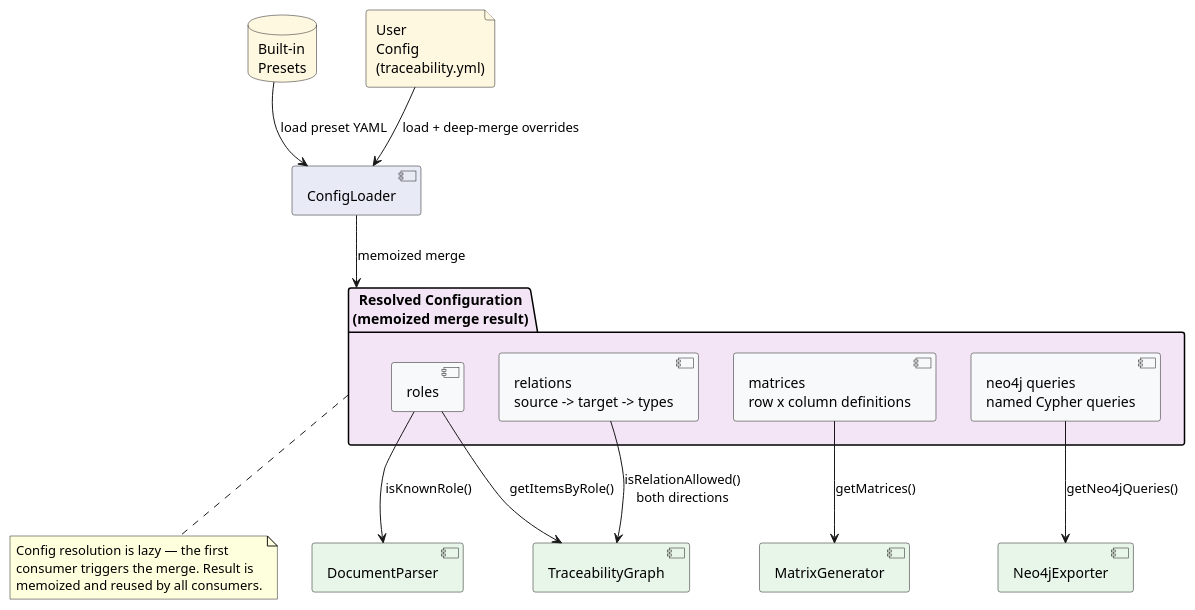
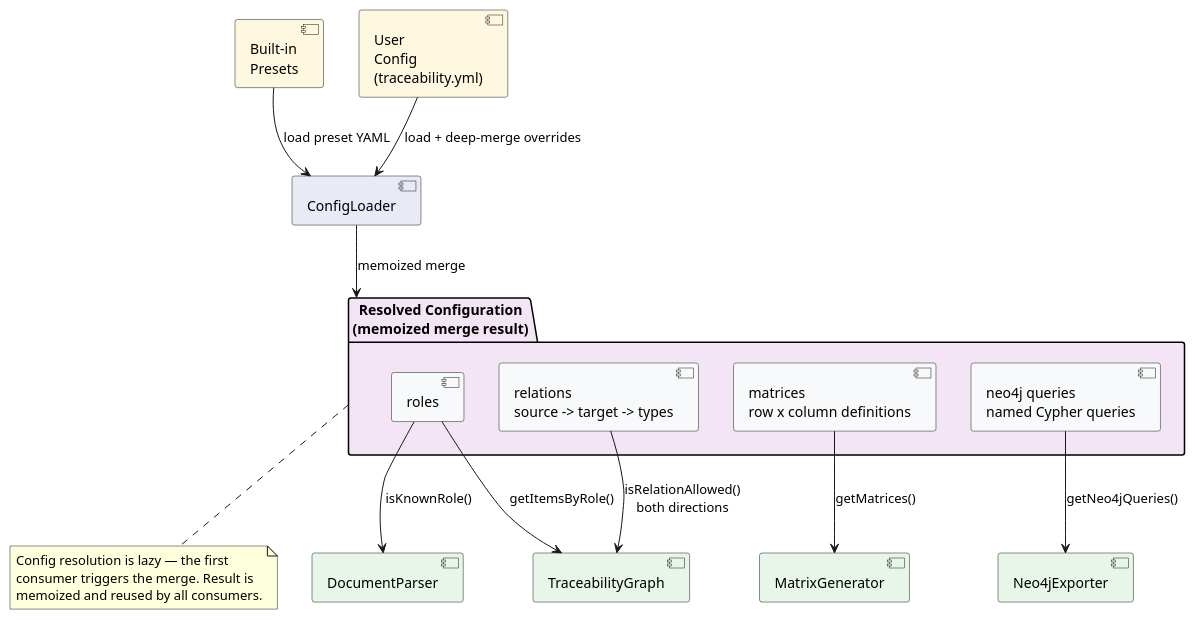
One commit to rattermeyer/antora-tracer changed the diagram in examples/component-one/modules/ROOT/examples/config-resolution.puml. Above: the diagram before and after it, drawn with PlantUML. The commit also changed 6 other files, not shown here.

First line of the commit message:
chore(diagrams): apply architecture diagram improvements

```diff
--- a/examples/component-one/modules/ROOT/examples/config-resolution.puml
+++ b/examples/component-one/modules/ROOT/examples/config-resolution.puml
@@ -1,40 +1,39 @@
 @startuml
 ' Configuration resolution chain — preset → merge → validation queries
 
 skinparam componentBackgroundColor #F8F9FA
-skinparam packageBackgroundColor #FAFAFA
 
-database "Built-in\nPresets" as presets #FFF8E1
-file "User\nConfig\n(traceability.yml)" as userconfig #FFF8E1
+[Built-in\nPresets] as presets #FFF8E1
+[User\nConfig\n(traceability.yml)] as userconfig #FFF8E1
 
 [ConfigLoader] as loader #E8EAF6
 
 package "Resolved Configuration\n(memoized merge result)" as resolved #F3E5F5 {
   [roles] as roles
   [relations\nsource -> target -> types] as relations
   [matrices\nrow x column definitions] as matrices
   [neo4j queries\nnamed Cypher queries] as queries
 }
 
 [DocumentParser] as parser #E8F5E9
 [TraceabilityGraph] as graph #E8F5E9
 [MatrixGenerator] as matrixgen #E8F5E9
 [Neo4jExporter] as neo4j #E8F5E9
 
 presets --> loader : load preset YAML
 userconfig --> loader : load + deep-merge overrides
 loader --> resolved : memoized merge
 
 roles --> parser : isKnownRole()
 roles --> graph : getItemsByRole()
 relations --> graph : isRelationAllowed()\nboth directions
 matrices --> matrixgen : getMatrices()
 queries --> neo4j : getNeo4jQueries()
 
 note bottom of resolved
   Config resolution is lazy — the first
   consumer triggers the merge. Result is
   memoized and reused by all consumers.
 end note
 
 @enduml
```
